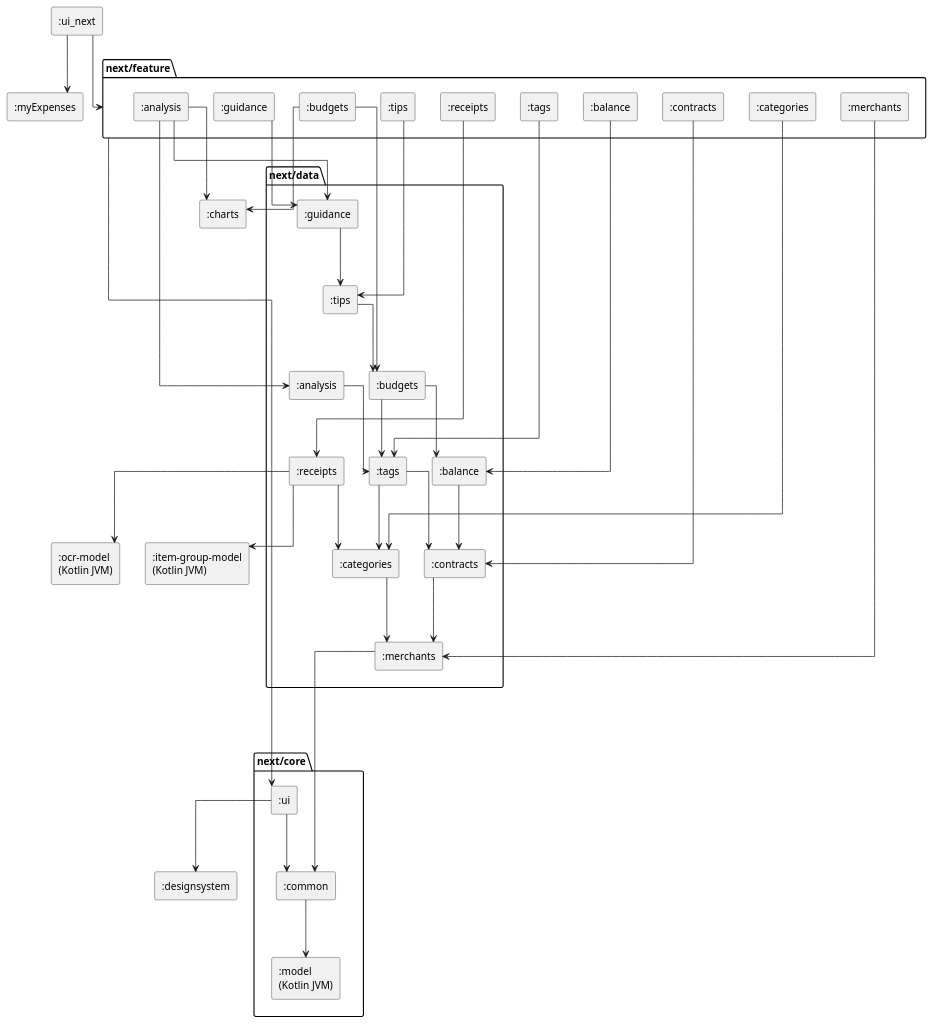
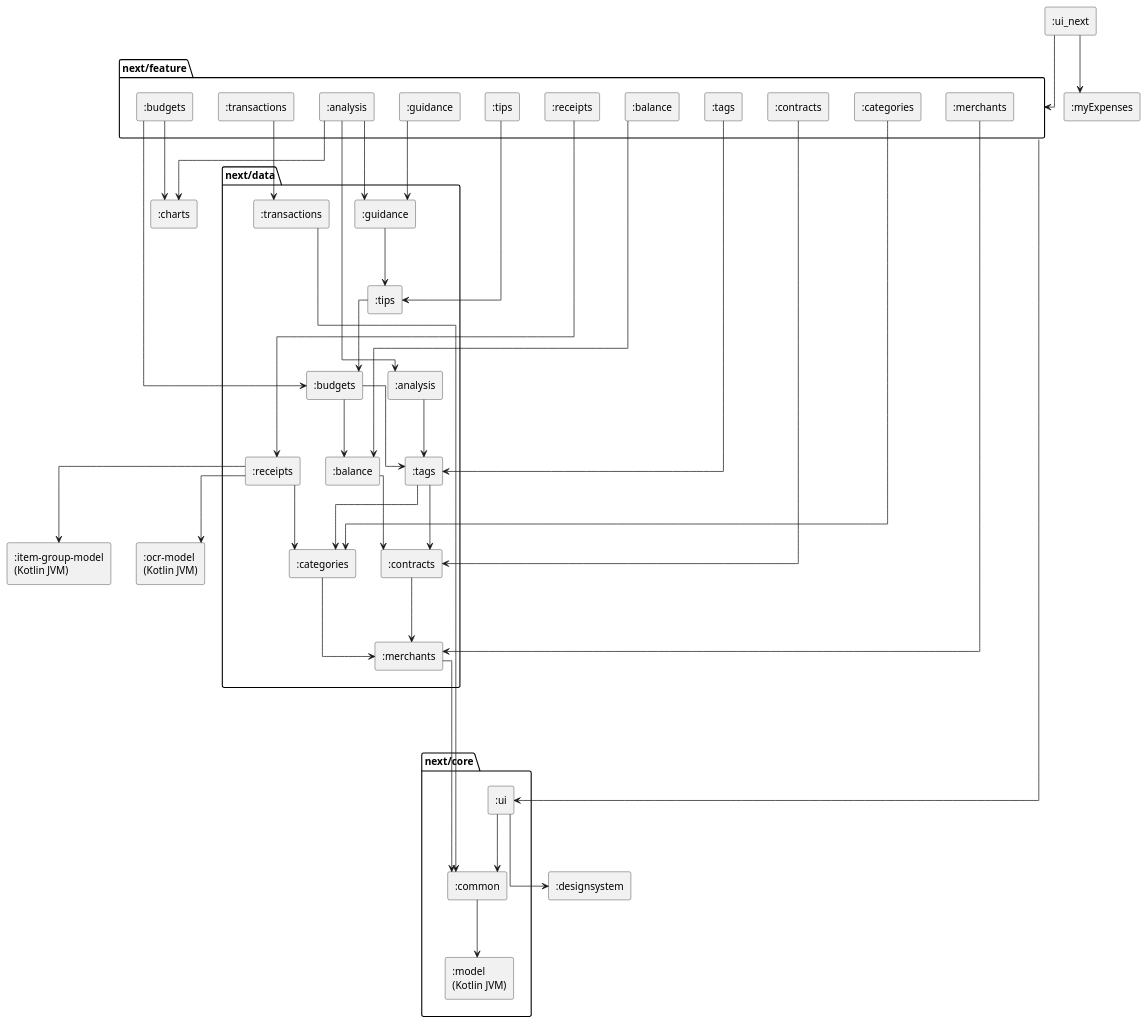
Before and after one commit to castn/MyExpenses: the diagram in ui_next/modules.puml, drawn with PlantUML. The commit also changed 20 other files, not shown here.

```diff
--- a/ui_next/modules.puml
+++ b/ui_next/modules.puml
@@ -1,87 +1,91 @@
 @startuml modules
 ' Generated by the task moduleGraph of build-logic (ModuleGraphPlugin), do not edit.
 ' Dependencies between the modules of the new UI, rule `mod-diagram` of ARCHITECTURE.md.
 ' An edge that follows from a longer path is left out.
 ' An edge from or to a package stands for an edge from or to every module in it.
 skinparam componentStyle rectangle
 skinparam linetype ortho
 skinparam ranksep 80
 top to bottom direction
 
 [:charts] as mCharts
 [:designsystem] as mDesignsystem
 [:item-group-model\n(Kotlin JVM)] as mItemGroupModel
 [:myExpenses] as mMyExpenses
 [:ocr-model\n(Kotlin JVM)] as mOcrModel
 [:ui_next] as mUiNext
 
 package "next/core" as pNextCore {
     [:common] as mNextCoreCommon
     [:model\n(Kotlin JVM)] as mNextCoreModel
     [:ui] as mNextCoreUi
 }
 
 package "next/data" as pNextData {
     [:analysis] as mNextDataAnalysis
     [:balance] as mNextDataBalance
     [:budgets] as mNextDataBudgets
     [:categories] as mNextDataCategories
     [:contracts] as mNextDataContracts
     [:guidance] as mNextDataGuidance
     [:merchants] as mNextDataMerchants
     [:receipts] as mNextDataReceipts
     [:tags] as mNextDataTags
     [:tips] as mNextDataTips
+    [:transactions] as mNextDataTransactions
 }
 
 package "next/feature" as pNextFeature {
     [:analysis] as mNextFeatureAnalysis
     [:balance] as mNextFeatureBalance
     [:budgets] as mNextFeatureBudgets
     [:categories] as mNextFeatureCategories
     [:contracts] as mNextFeatureContracts
     [:guidance] as mNextFeatureGuidance
     [:merchants] as mNextFeatureMerchants
     [:receipts] as mNextFeatureReceipts
     [:tags] as mNextFeatureTags
     [:tips] as mNextFeatureTips
+    [:transactions] as mNextFeatureTransactions
 }
 
 ' Layout only
 mNextDataMerchants -[hidden]--> pNextCore
-mNextFeatureTips -[hidden]--> pNextData
+mNextFeatureTransactions -[hidden]--> pNextData
 
 mUiNext --> pNextFeature
 pNextFeature --> mNextCoreUi
 mNextCoreCommon --> mNextCoreModel
 mNextCoreUi --> mDesignsystem
 mNextCoreUi --> mNextCoreCommon
 mNextDataAnalysis --> mNextDataTags
 mNextDataBalance --> mNextDataContracts
 mNextDataBudgets --> mNextDataBalance
 mNextDataBudgets --> mNextDataTags
 mNextDataCategories --> mNextDataMerchants
 mNextDataContracts --> mNextDataMerchants
 mNextDataGuidance --> mNextDataTips
 mNextDataMerchants --> mNextCoreCommon
 mNextDataReceipts --> mItemGroupModel
 mNextDataReceipts --> mNextDataCategories
 mNextDataReceipts --> mOcrModel
 mNextDataTags --> mNextDataCategories
 mNextDataTags --> mNextDataContracts
 mNextDataTips --> mNextDataBudgets
+mNextDataTransactions --> mNextCoreCommon
 mNextFeatureAnalysis --> mCharts
 mNextFeatureAnalysis --> mNextDataAnalysis
 mNextFeatureAnalysis --> mNextDataGuidance
 mNextFeatureBalance --> mNextDataBalance
 mNextFeatureBudgets --> mCharts
 mNextFeatureBudgets --> mNextDataBudgets
 mNextFeatureCategories --> mNextDataCategories
 mNextFeatureContracts --> mNextDataContracts
 mNextFeatureGuidance --> mNextDataGuidance
 mNextFeatureMerchants --> mNextDataMerchants
 mNextFeatureReceipts --> mNextDataReceipts
 mNextFeatureTags --> mNextDataTags
 mNextFeatureTips --> mNextDataTips
+mNextFeatureTransactions --> mNextDataTransactions
 mUiNext --> mMyExpenses
 @enduml
```
